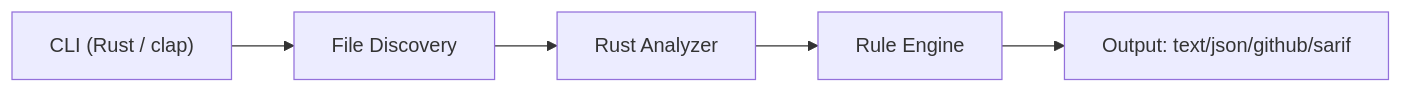
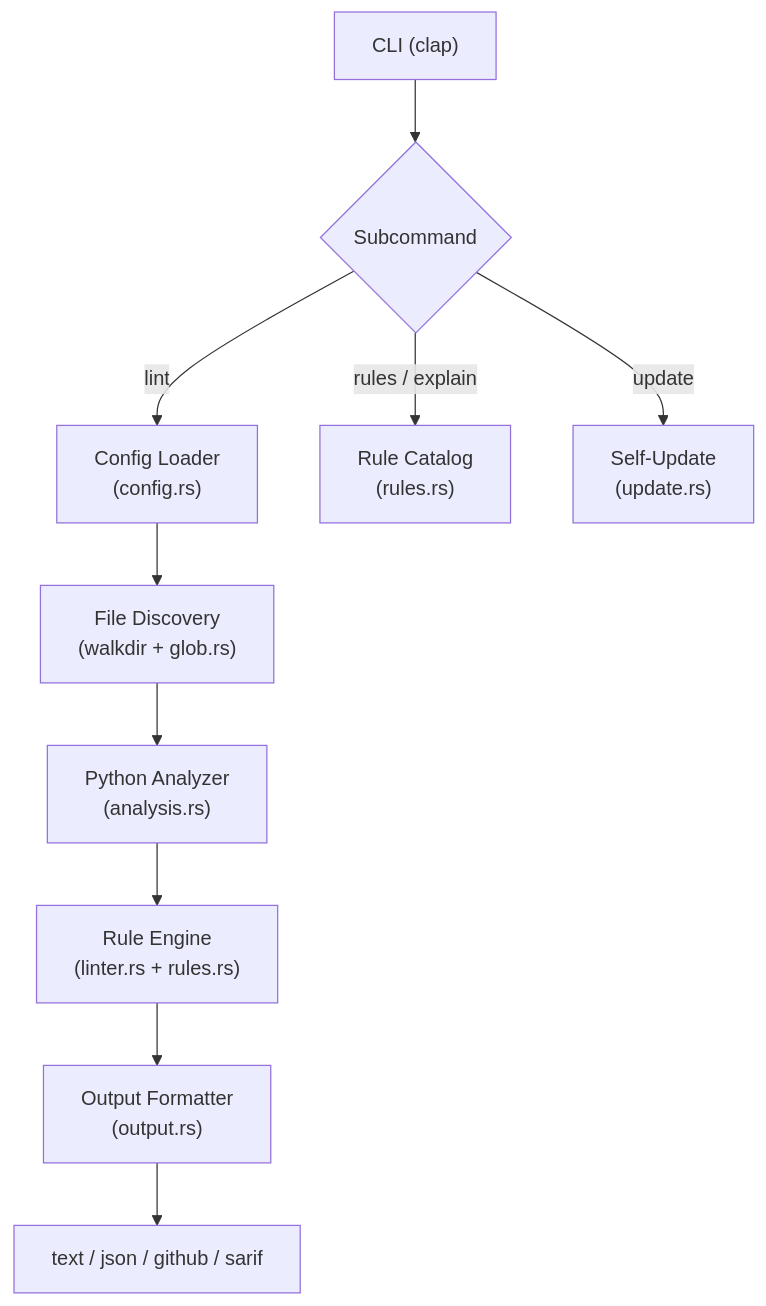
One commit to christestet/owui-lint changed the diagram in README.md. Above: the diagram before and after it, drawn with Mermaid. The commit also changed other lines of this file and 7 other files, not shown here.

````diff
--- a/README.md
+++ b/README.md
@@ -25,7 +27,12 @@
 ```mermaid
-flowchart LR
-    A["CLI (Rust / clap)"] --> B["File Discovery"]
-    B --> C["Rust Analyzer"]
-    C --> D["Rule Engine"]
-    D --> E["Output: text/json/github/sarif"]
+flowchart TD
+    A["CLI (clap)"] --> B{Subcommand}
+    B -->|lint| C["Config Loader<br/>(config.rs)"]
+    B -->|rules / explain| G["Rule Catalog<br/>(rules.rs)"]
+    B -->|update| H["Self-Update<br/>(update.rs)"]
+    C --> D["File Discovery<br/>(walkdir + glob.rs)"]
+    D --> E["Python Analyzer<br/>(analysis.rs)"]
+    E --> F["Rule Engine<br/>(linter.rs + rules.rs)"]
+    F --> I["Output Formatter<br/>(output.rs)"]
+    I --> J["text / json / github / sarif"]
 ```
````
